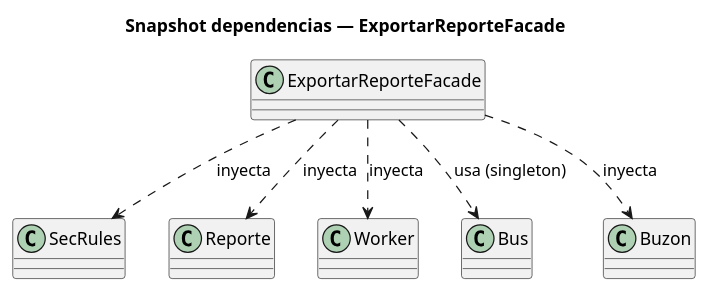
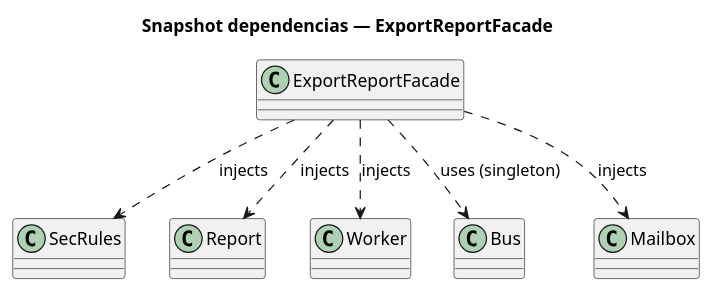
Before and after one commit to jcg-admin/IACT-docs: the diagram in source/requisitos/_metodologia-aplicacion/relaciones-uml/aplicacion-a-iact-snapshot-de-dependencias.rst, drawn with PlantUML. The commit also changed 19 other files, not shown here.

First line of the commit message:
Translate identifiers in B-C relaciones-uml/ (T-011..T-030)

```diff
--- a/source/requisitos/_metodologia-aplicacion/relaciones-uml/aplicacion-a-iact-snapshot-de-dependencias.rst
+++ b/source/requisitos/_metodologia-aplicacion/relaciones-uml/aplicacion-a-iact-snapshot-de-dependencias.rst
@@ -7,18 +7,18 @@
 .. uml::
 
    @startuml
-   title Snapshot dependencias — ExportarReporteFacade
+   title Snapshot dependencias — ExportReportFacade
 
-   class ExportarReporteFacade
+   class ExportReportFacade
    class SecRules
-   class Reporte
+   class Report
    class Worker
    class Bus
-   class Buzon
+   class Mailbox
 
-   ExportarReporteFacade ..> SecRules : inyecta
-   ExportarReporteFacade ..> Reporte : inyecta
-   ExportarReporteFacade ..> Worker : inyecta
-   ExportarReporteFacade ..> Bus : usa (singleton)
-   ExportarReporteFacade ..> Buzon : inyecta
+   ExportReportFacade ..> SecRules : injects
+   ExportReportFacade ..> Report : injects
+   ExportReportFacade ..> Worker : injects
+   ExportReportFacade ..> Bus : uses (singleton)
+   ExportReportFacade ..> Mailbox : injects
    @enduml
```
